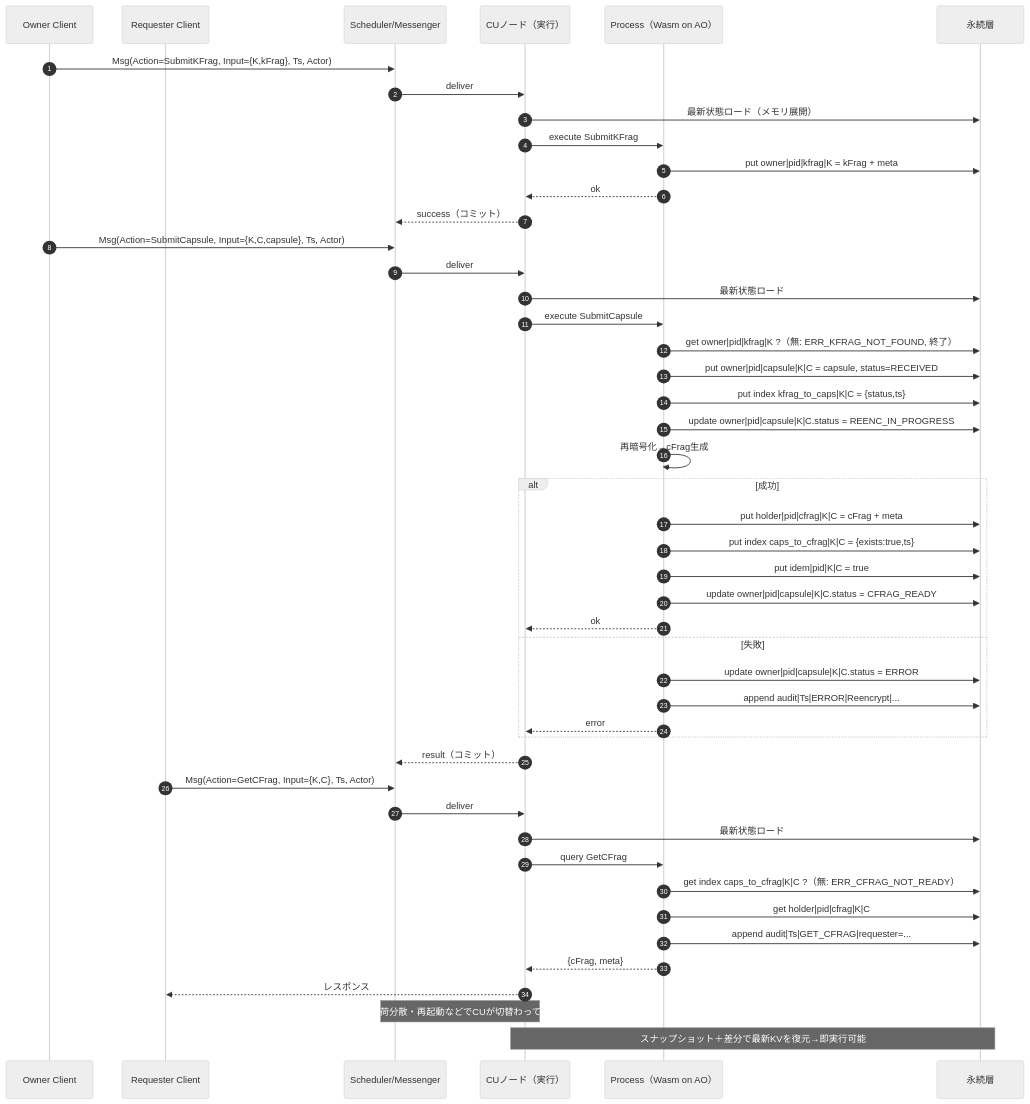
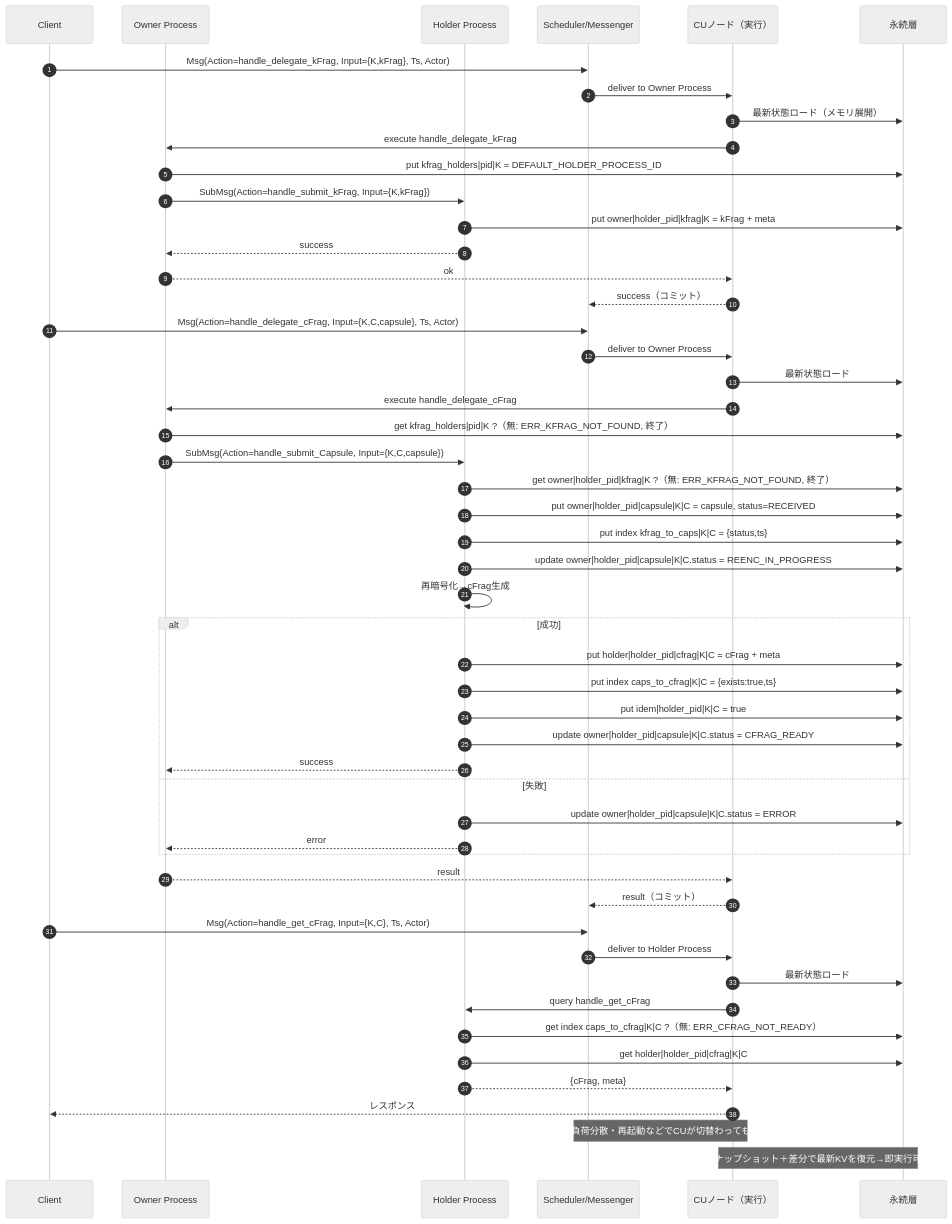
One commit to shodaimomiyama/D-TPRES changed the second of 2 diagrams in deploy/contracts/docs/state/contract-state-spec.md. Above: the diagram before and after it, drawn with Mermaid (neutral theme). The commit also changed other lines of this file, not shown here.

````diff
--- a/deploy/contracts/docs/state/contract-state-spec.md
+++ b/deploy/contracts/docs/state/contract-state-spec.md
@@ -285,57 +391,61 @@
 ```mermaid
 sequenceDiagram
   autonumber
-  participant OW as Owner Client
-  participant REQ as Requester Client
+  participant CL as Client
+  participant OP as Owner Process
+  participant HP as Holder Process
   participant SU as Scheduler/Messenger
   participant CU as CUノード（実行）
-  participant P as Process（Wasm on AO）
   participant ST as 永続層
 
-  %% A) SubmitKFrag（先行）
-  OW->>SU: Msg(Action=SubmitKFrag, Input={K,kFrag}, Ts, Actor)
-  SU->>CU: deliver
+  %% A) Owner: handle_delegate_kFrag（委譲フロー）
+  CL->>SU: Msg(Action=handle_delegate_kFrag, Input={K,kFrag}, Ts, Actor)
+  SU->>CU: deliver to Owner Process
   CU->>ST: 最新状態ロード（メモリ展開）
-  CU->>P: execute SubmitKFrag
-  P->>ST: put owner|pid|kfrag|K = kFrag + meta
-  P-->>CU: ok
+  CU->>OP: execute handle_delegate_kFrag
+  OP->>ST: put kfrag_holders|pid|K = DEFAULT_HOLDER_PROCESS_ID
+  OP->>HP: SubMsg(Action=handle_submit_kFrag, Input={K,kFrag})
+  HP->>ST: put owner|holder_pid|kfrag|K = kFrag + meta
+  HP-->>OP: success
+  OP-->>CU: ok
   CU-->>SU: success（コミット）
 
-  %% B) SubmitCapsule（kFrag存在が条件）
-  OW->>SU: Msg(Action=SubmitCapsule, Input={K,C,capsule}, Ts, Actor)
-  SU->>CU: deliver
+  %% B) Owner: handle_delegate_cFrag（委譲フロー）
+  CL->>SU: Msg(Action=handle_delegate_cFrag, Input={K,C,capsule}, Ts, Actor)
+  SU->>CU: deliver to Owner Process
   CU->>ST: 最新状態ロード
-  CU->>P: execute SubmitCapsule
-  P->>ST: get owner|pid|kfrag|K ?（無: ERR_KFRAG_NOT_FOUND, 終了）
-  P->>ST: put owner|pid|capsule|K|C = capsule, status=RECEIVED
-  P->>ST: put index kfrag_to_caps|K|C = {status,ts}
-  P->>ST: update owner|pid|capsule|K|C.status = REENC_IN_PROGRESS
-  P->>P:  再暗号化→cFrag生成
+  CU->>OP: execute handle_delegate_cFrag
+  OP->>ST: get kfrag_holders|pid|K ?（無: ERR_KFRAG_NOT_FOUND, 終了）
+  OP->>HP: SubMsg(Action=handle_submit_Capsule, Input={K,C,capsule})
+  HP->>ST: get owner|holder_pid|kfrag|K ?（無: ERR_KFRAG_NOT_FOUND, 終了）
+  HP->>ST: put owner|holder_pid|capsule|K|C = capsule, status=RECEIVED
+  HP->>ST: put index kfrag_to_caps|K|C = {status,ts}
+  HP->>ST: update owner|holder_pid|capsule|K|C.status = REENC_IN_PROGRESS
+  HP->>HP: 再暗号化→cFrag生成
   alt 成功
-    P->>ST: put holder|pid|cfrag|K|C = cFrag + meta
-    P->>ST: put index caps_to_cfrag|K|C = {exists:true,ts}
-    P->>ST: put idem|pid|K|C = true
-    P->>ST: update owner|pid|capsule|K|C.status = CFRAG_READY
-    P-->>CU: ok
+    HP->>ST: put holder|holder_pid|cfrag|K|C = cFrag + meta
+    HP->>ST: put index caps_to_cfrag|K|C = {exists:true,ts}
+    HP->>ST: put idem|holder_pid|K|C = true
+    HP->>ST: update owner|holder_pid|capsule|K|C.status = CFRAG_READY
+    HP-->>OP: success
   else 失敗
-    P->>ST: update owner|pid|capsule|K|C.status = ERROR
-    P->>ST: append audit|Ts|ERROR|Reencrypt|...
-    P-->>CU: error
+    HP->>ST: update owner|holder_pid|capsule|K|C.status = ERROR
+    HP-->>OP: error
   end
+  OP-->>CU: result
   CU-->>SU: result（コミット）
 
-  %% C) GetCFrag
-  REQ->>SU: Msg(Action=GetCFrag, Input={K,C}, Ts, Actor)
-  SU->>CU: deliver
+  %% C) handle_get_cFrag（Holderプロセスに直接クエリ）
+  CL->>SU: Msg(Action=handle_get_cFrag, Input={K,C}, Ts, Actor)
+  SU->>CU: deliver to Holder Process
   CU->>ST: 最新状態ロード
-  CU->>P: query GetCFrag
-  P->>ST: get index caps_to_cfrag|K|C ?（無: ERR_CFRAG_NOT_READY）
-  P->>ST: get holder|pid|cfrag|K|C
-  P->>ST: append audit|Ts|GET_CFRAG|requester=...
-  P-->>CU: {cFrag, meta}
-  CU-->>REQ: レスポンス
+  CU->>HP: query handle_get_cFrag
+  HP->>ST: get index caps_to_cfrag|K|C ?（無: ERR_CFRAG_NOT_READY）
+  HP->>ST: get holder|holder_pid|cfrag|K|C
+  HP-->>CU: {cFrag, meta}
+  CU-->>CL: レスポンス
 
   %% D) CU再割当（別CUでも同じ）
   Note over SU,CU: 負荷分散・再起動などでCUが切替わっても
   Note over CU,ST: スナップショット＋差分で最新KVを復元→即実行可能
 ```
````
